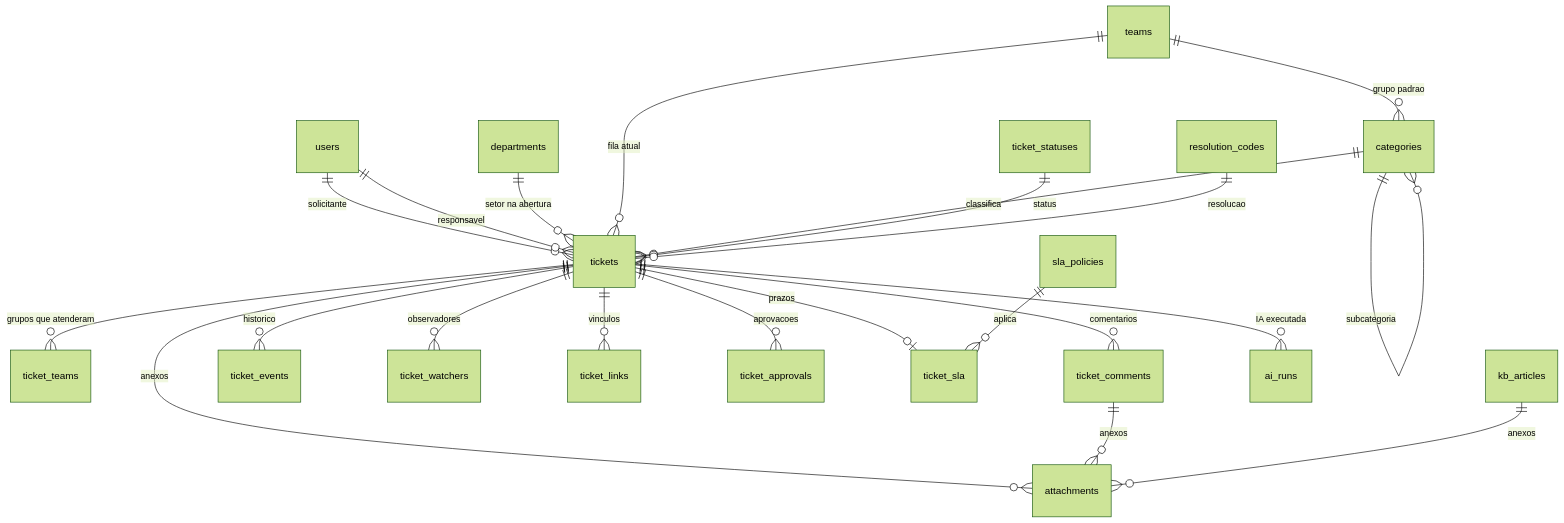
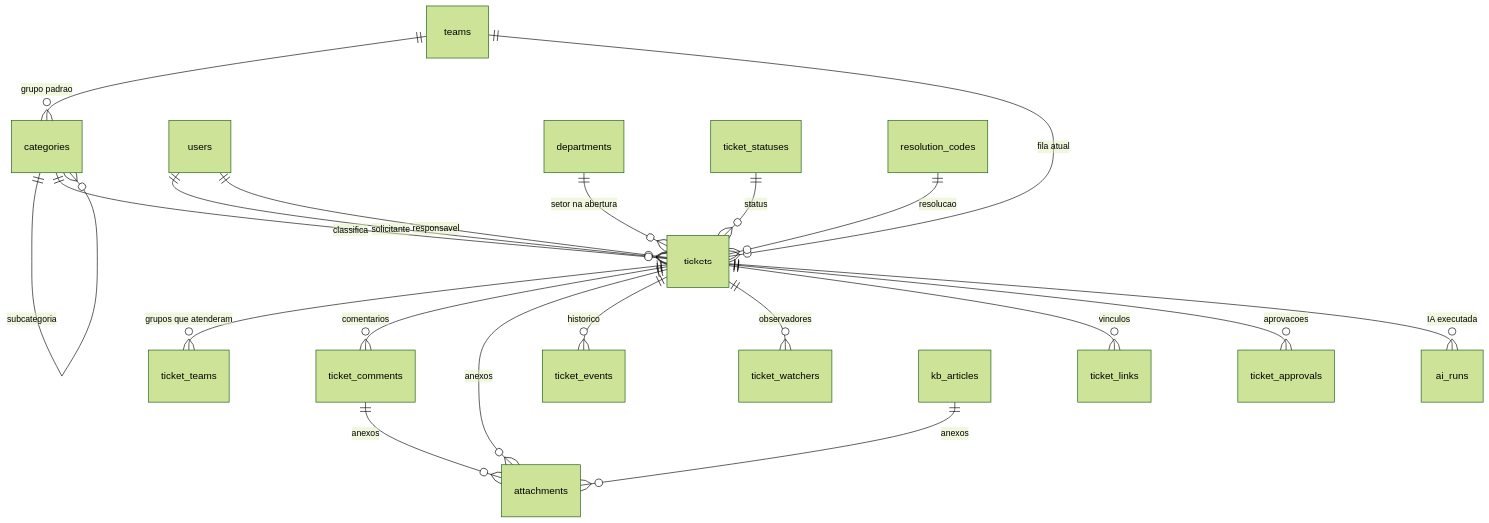
Before and after one commit to 0LB-i/ticketflow: the second of 2 diagrams in docs/04-modelo-de-dados.md, drawn with Mermaid (forest theme). The commit also changed other lines of this file and 12 other files, not shown here.

````diff
--- a/docs/04-modelo-de-dados.md
+++ b/docs/04-modelo-de-dados.md
@@ -30,24 +29,22 @@
 ```mermaid
 erDiagram
     categories ||--o{ categories : subcategoria
     teams ||--o{ categories : "grupo padrao"
     users ||--o{ tickets : solicitante
     users ||--o{ tickets : responsavel
     departments ||--o{ tickets : "setor na abertura"
     teams ||--o{ tickets : "fila atual"
     categories ||--o{ tickets : classifica
     ticket_statuses ||--o{ tickets : status
     resolution_codes ||--o{ tickets : resolucao
     tickets ||--o{ ticket_teams : "grupos que atenderam"
     tickets ||--o{ ticket_comments : comentarios
     tickets ||--o{ attachments : anexos
     ticket_comments ||--o{ attachments : anexos
     tickets ||--o{ ticket_events : historico
     tickets ||--o{ ticket_watchers : observadores
     tickets ||--o{ ticket_links : vinculos
     tickets ||--o{ ticket_approvals : aprovacoes
-    tickets ||--o| ticket_sla : prazos
-    sla_policies ||--o{ ticket_sla : aplica
     kb_articles ||--o{ attachments : anexos
     tickets ||--o{ ai_runs : "IA executada"
 ```
````
